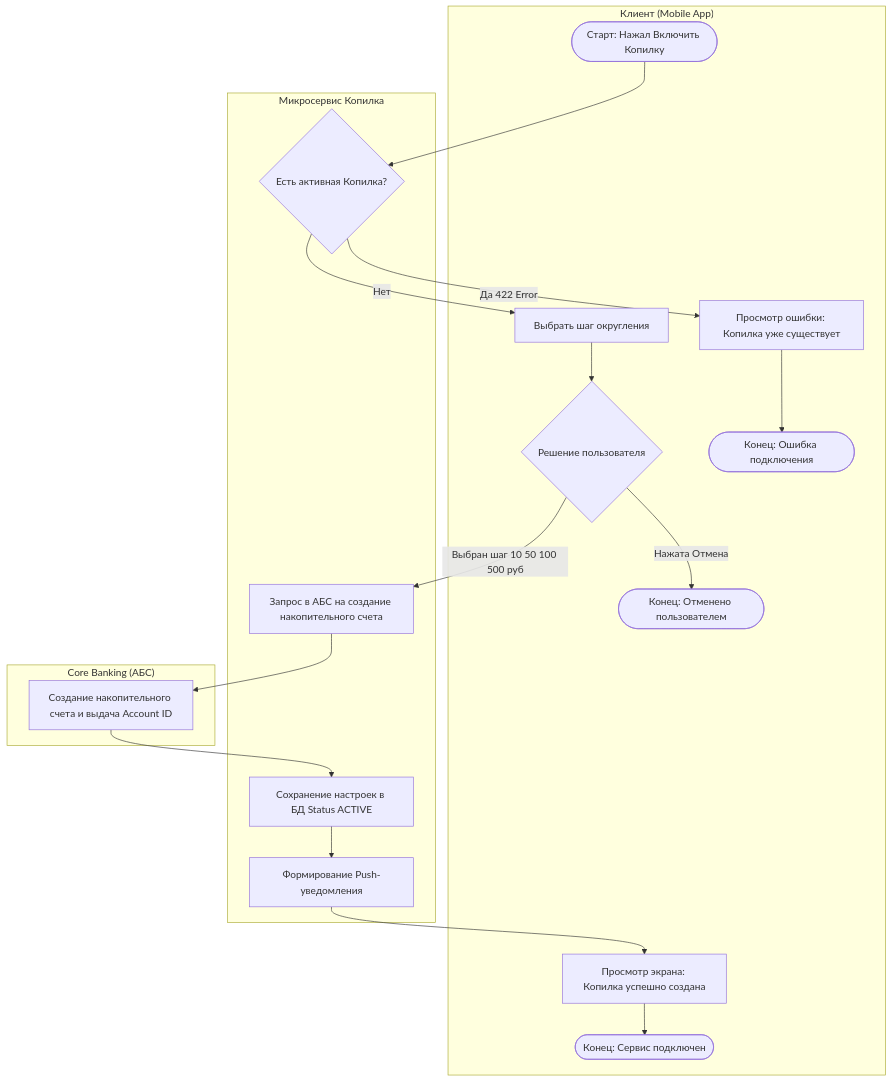
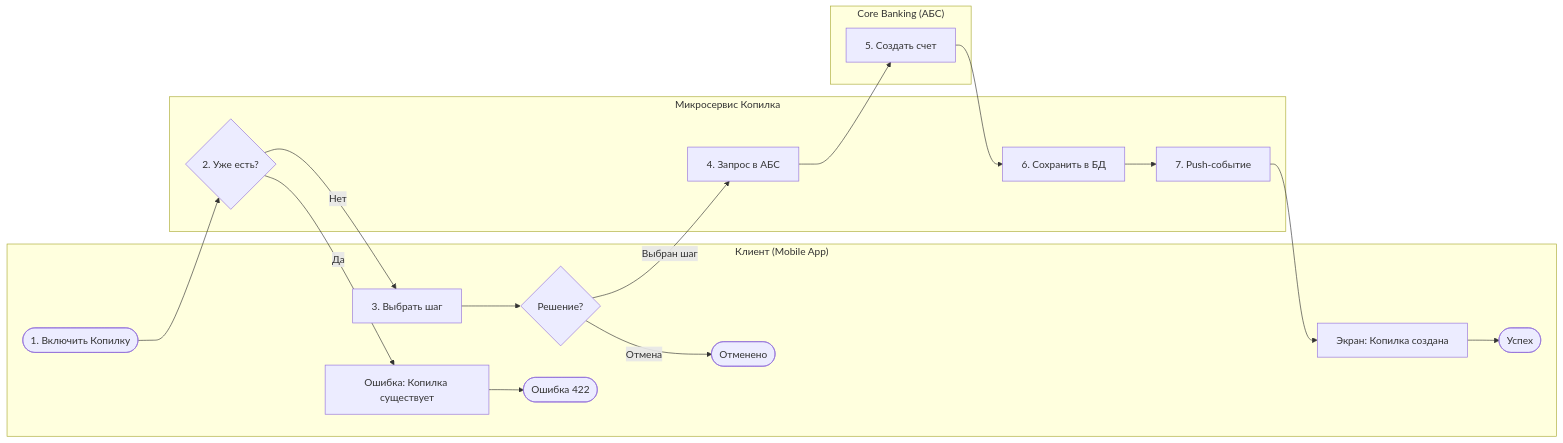
One commit to system-rk200/banking-piggybank-spec changed the diagram in docs/03-process-models.md. Above: the diagram before and after it, drawn with Mermaid.

Commit message:
process-models bpmn 04

````diff
--- a/docs/03-process-models.md
+++ b/docs/03-process-models.md
@@ -13,45 +13,35 @@
 ```mermaid
-graph TB
-    subgraph Client_Lane ["Клиент (Mobile App)"]
-        A([Старт: Нажал Включить Копилку])
-        C1[Выбрать шаг округления]
-        C2{Решение пользователя}
-        E1[Просмотр ошибки: Копилка уже существует]
-        E2[Просмотр экрана: Копилка успешно создана]
+graph LR
+    subgraph Client ["Клиент (Mobile App)"]
+        A([1. Включить Копилку])
+        C1[3. Выбрать шаг]
+        C2{Решение?}
+        E1[Ошибка: Копилка существует]
+        E2[Экран: Копилка создана]
         
-        End_Cancel([Конец: Отменено пользователем])
-        End_Error([Конец: Ошибка подключения])
-        End_Success([Конец: Сервис подключен])
+        End_Cancel([Отменено])
+        End_Error([Ошибка 422])
+        End_Success([Успех])
     end
 
-    subgraph Piggy_Lane ["Микросервис Копилка"]
-        B{Есть активная Копилка?}
-        D1[Запрос в АБС на создание накопительного счета]
-        D3[Сохранение настроек в БД Status ACTIVE]
-        F1[Формирование Push-уведомления]
+    subgraph Piggy ["Микросервис Копилка"]
+        B{2. Уже есть?}
+        D1[4. Запрос в АБС]
+        D3[6. Сохранить в БД]
+        F1[7. Push-событие]
     end
 
-    subgraph ABS_Lane ["Core Banking (АБС)"]
-        D2[Создание накопительного счета и выдача Account ID]
+    subgraph ABS ["Core Banking (АБС)"]
+        D2[5. Создать счет]
     end
 
-    %% Поток управления
+    %% Логика
     A --> B
+    B -- Да --> E1 --> End_Error
+    B -- Нет --> C1 --> C2
     
-    %% Альтернативный сценарий: Дубликат
-    B -- Да 422 Error --> E1
-    E1 --> End_Error
+    C2 -- Отмена --> End_Cancel
+    C2 -- Выбран шаг --> D1
     
-    %% Основной сценарий
-    B -- Нет --> C1
-    C1 --> C2
-    
-    C2 -- Нажата Отмена --> End_Cancel
-    C2 -- Выбран шаг 10 50 100 500 руб --> D1
-    
-    D1 --> D2
-    D2 --> D3
-    D3 --> F1
-    F1 --> E2
-    E2 --> End_Success
+    D1 --> D2 --> D3 --> F1 --> E2 --> End_Success
 ```
````
